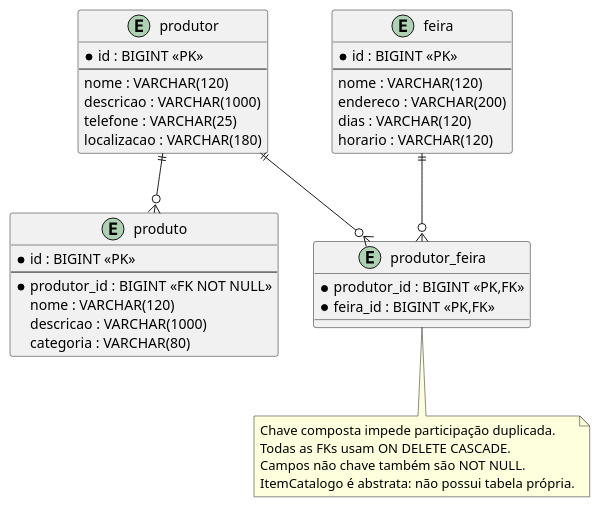
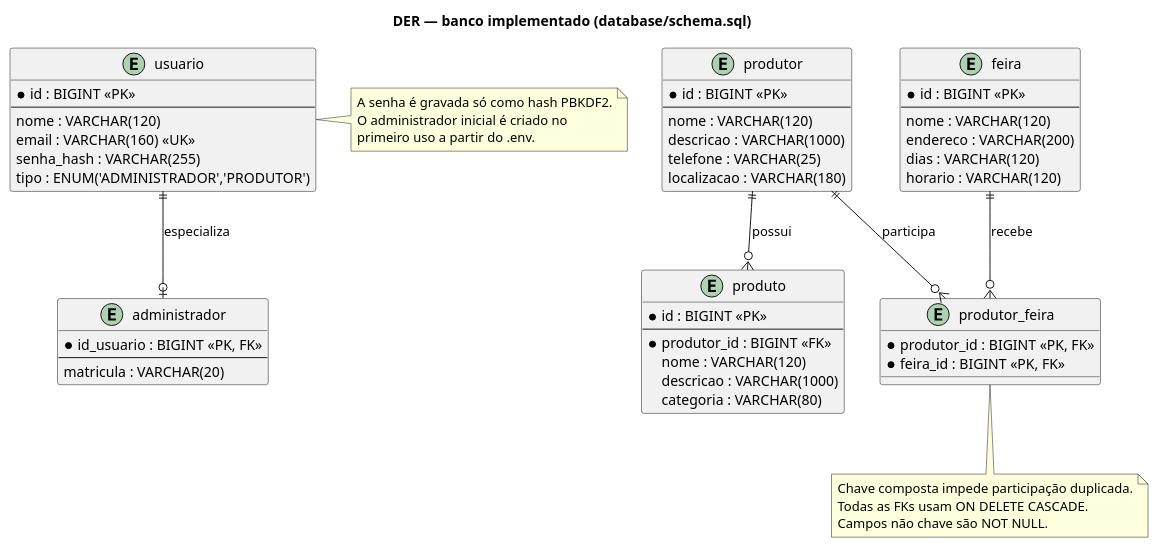
The diagram in docs/diagramas/Banco de dados.puml (KKojiio/raizes-da-terra), drawn with PlantUML before and after one commit. The commit also changed 2 other files, not shown here.

Commit message:
docs: atualiza diagramas para o modelo implementado
- Classes: Pessoa abstrata com Administrador e Produtor, interface
  ItemCatalogo, Feira e Produto com os métodos do diagrama entregue
- DER: tabelas usuario e administrador
- Arquitetura: UsuarioRepository no login e allowmixing, que faltava
  para o PlantUML aceitar atores junto com classes

```diff
--- a/docs/diagramas/Banco de dados.puml
+++ b/docs/diagramas/Banco de dados.puml
@@ -1,39 +1,61 @@
 @startuml
+title DER — banco implementado (database/schema.sql)
+
+entity usuario {
+ * id : BIGINT <<PK>>
+ --
+ nome : VARCHAR(120)
+ email : VARCHAR(160) <<UK>>
+ senha_hash : VARCHAR(255)
+ tipo : ENUM('ADMINISTRADOR','PRODUTOR')
+}
+entity administrador {
+ * id_usuario : BIGINT <<PK, FK>>
+ --
+ matricula : VARCHAR(20)
+}
 entity produtor {
  * id : BIGINT <<PK>>
  --
  nome : VARCHAR(120)
  descricao : VARCHAR(1000)
  telefone : VARCHAR(25)
  localizacao : VARCHAR(180)
 }
 entity produto {
  * id : BIGINT <<PK>>
  --
- * produtor_id : BIGINT <<FK NOT NULL>>
+ * produtor_id : BIGINT <<FK>>
  nome : VARCHAR(120)
  descricao : VARCHAR(1000)
  categoria : VARCHAR(80)
 }
 entity feira {
  * id : BIGINT <<PK>>
  --
  nome : VARCHAR(120)
  endereco : VARCHAR(200)
  dias : VARCHAR(120)
  horario : VARCHAR(120)
 }
 entity produtor_feira {
- * produtor_id : BIGINT <<PK,FK>>
- * feira_id : BIGINT <<PK,FK>>
+ * produtor_id : BIGINT <<PK, FK>>
+ * feira_id : BIGINT <<PK, FK>>
 }
-produtor ||--o{ produto
-produtor ||--o{ produtor_feira
-feira ||--o{ produtor_feira
-note bottom
+
+usuario ||--o| administrador : especializa
+produtor ||--o{ produto : possui
+produtor ||--o{ produtor_feira : participa
+feira ||--o{ produtor_feira : recebe
+
+note bottom of produtor_feira
 Chave composta impede participação duplicada.
 Todas as FKs usam ON DELETE CASCADE.
-Campos não chave também são NOT NULL.
-ItemCatalogo é abstrata: não possui tabela própria.
+Campos não chave são NOT NULL.
+end note
+note right of usuario
+A senha é gravada só como hash PBKDF2.
+O administrador inicial é criado no
+primeiro uso a partir do .env.
 end note
 @enduml
```
